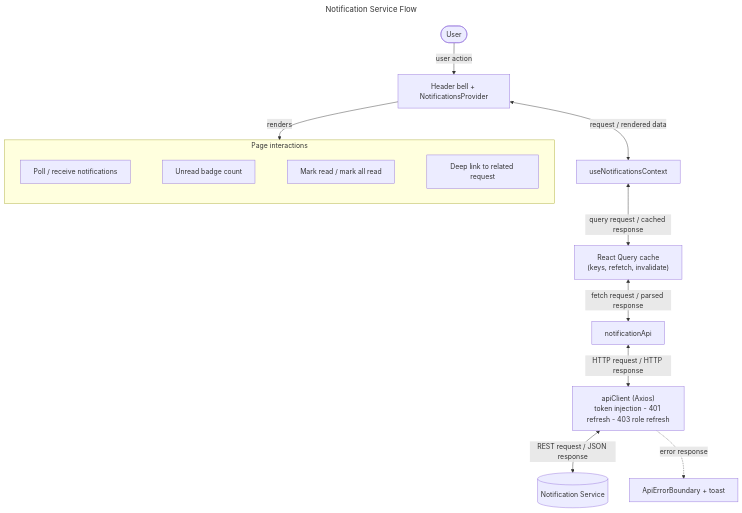
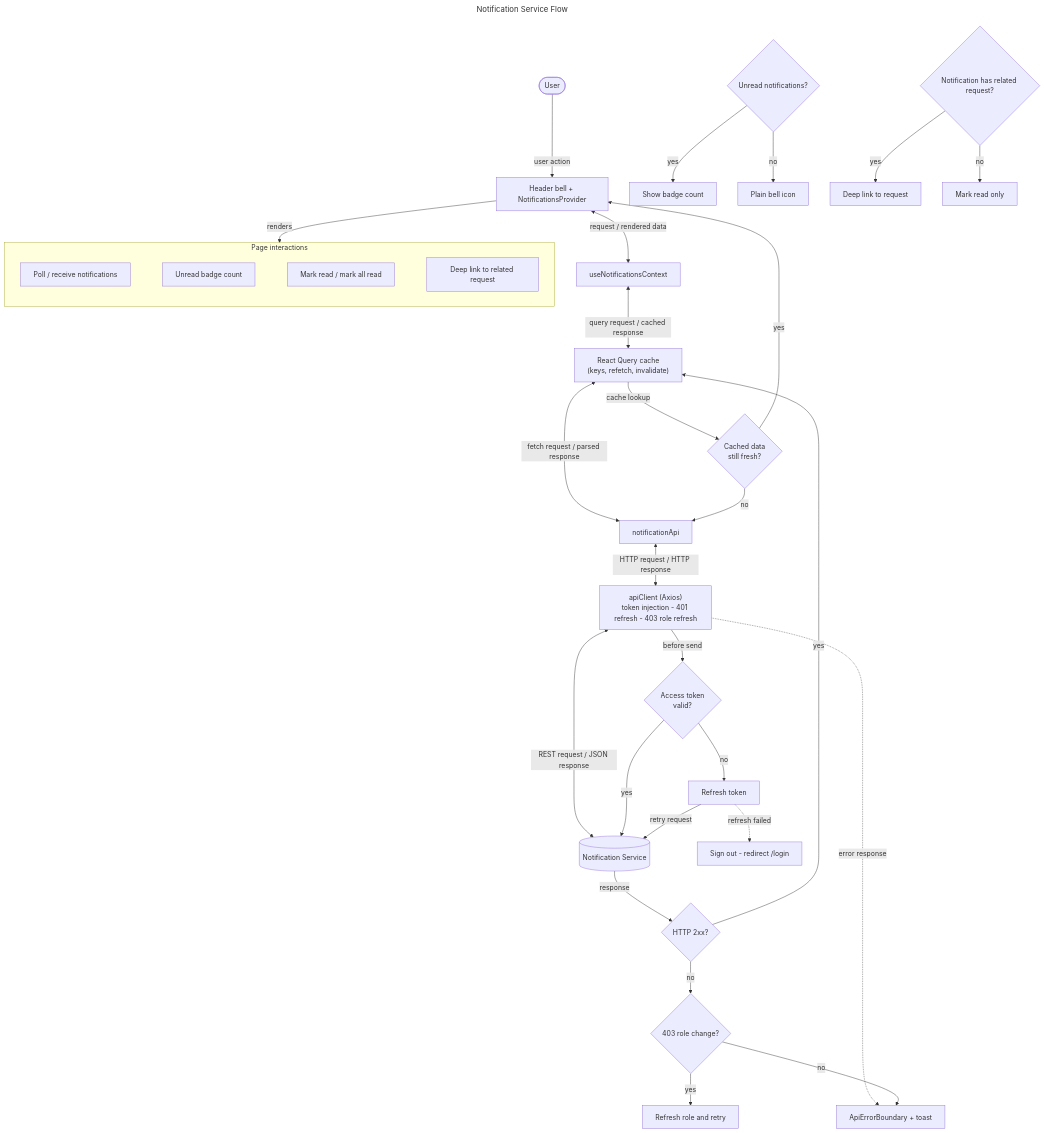
Before and after one commit to sayeeduddinofficial/user-table-view: the diagram in docs/flowcharts/notifications.mmd, drawn with Mermaid. The commit also changed 18 other files, not shown here.

```diff
--- a/docs/flowcharts/notifications.mmd
+++ b/docs/flowcharts/notifications.mmd
@@ -1,20 +1,40 @@
 ---
 title: Notification Service Flow
 ---
 flowchart TD
   U([User]) -->|"user action"| P["Header bell + NotificationsProvider"]
   P <-->|"request / rendered data"| H["useNotificationsContext"]
   H <-->|"query request / cached response"| Q["React Query cache<br/>(keys, refetch, invalidate)"]
   Q <-->|"fetch request / parsed response"| A["notificationApi"]
   A <-->|"HTTP request / HTTP response"| C["apiClient (Axios)<br/>token injection - 401 refresh - 403 role refresh"]
   C <-->|"REST request / JSON response"| S[("Notification Service")]
   P -->|"renders"| UI
   subgraph UI[Page interactions]
     direction LR
     S0["Poll / receive notifications"]
     S1["Unread badge count"]
     S2["Mark read / mark all read"]
     S3["Deep link to related request"]
     S0 ~~~ S1 ~~~ S2 ~~~ S3
   end
   C -. "error response" .-> E["ApiErrorBoundary + toast"]
+
+  %% ---- Condition-based paths ----
+  Q -->|"cache lookup"| D1{"Cached data<br/>still fresh?"}
+  D1 -->|"yes"| P
+  D1 -->|"no"| A
+  C -->|"before send"| D2{"Access token<br/>valid?"}
+  D2 -->|"yes"| S
+  D2 -->|"no"| RT["Refresh token"]
+  RT -->|"retry request"| S
+  RT -. "refresh failed" .-> LO["Sign out - redirect /login"]
+  S -->|"response"| D3{"HTTP 2xx?"}
+  D3 -->|"yes"| Q
+  D3 -->|"no"| D4{"403 role change?"}
+  D4 -->|"yes"| RR["Refresh role and retry"]
+  D4 -->|"no"| E
+  %% ---- Service specific decisions ----
+  X0{"Unread notifications?"} -->|"yes"| X1["Show badge count"]
+  X0 -->|"no"| X2["Plain bell icon"]
+  X3{"Notification has related request?"} -->|"yes"| X4["Deep link to request"]
+  X3 -->|"no"| X5["Mark read only"]
```
